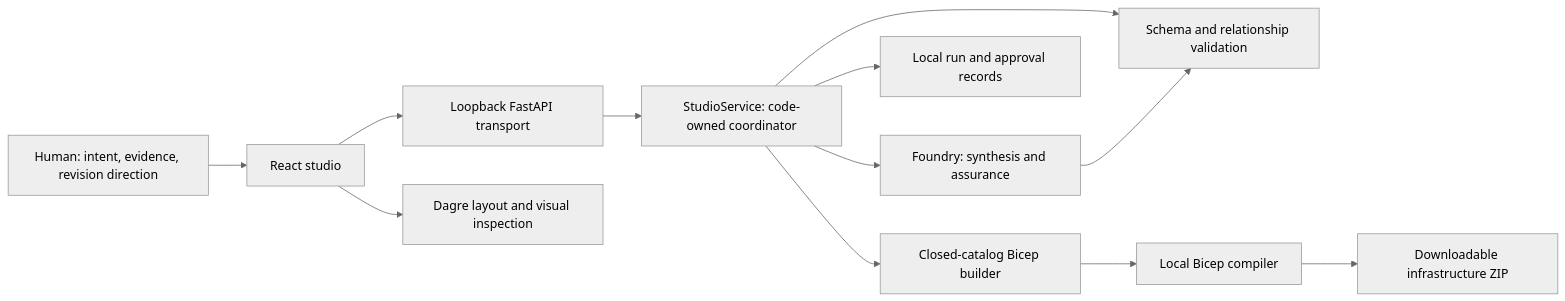
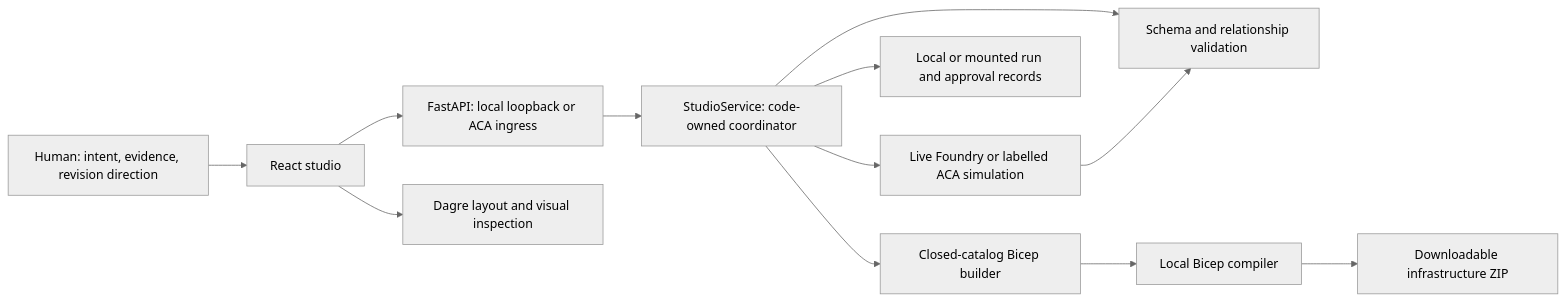
One commit to jvargh/hack26-IntentToImpact changed the first of 2 diagrams in docs/intent-to-impact-technical-deep-dive.md. Above: the diagram before and after it, drawn with Mermaid (neutral theme). The commit also changed other lines of this file and 2 other files, not shown here.

First line of the commit message:
Refresh architecture documentation

````diff
--- a/docs/intent-to-impact-technical-deep-dive.md
+++ b/docs/intent-to-impact-technical-deep-dive.md
@@ -161,26 +171,26 @@
 ```mermaid
 flowchart LR
     H["Human: intent, evidence, revision direction"]
     UI["React studio"]
-    API["Loopback FastAPI transport"]
+    API["FastAPI: local loopback or ACA ingress"]
     S["StudioService: code-owned coordinator"]
     V["Schema and relationship validation"]
-    M["Foundry: synthesis and assurance"]
-    D["Local run and approval records"]
+    M["Live Foundry or labelled ACA simulation"]
+    D["Local or mounted run and approval records"]
     B["Closed-catalog Bicep builder"]
     C["Local Bicep compiler"]
     Z["Downloadable infrastructure ZIP"]
     L["Dagre layout and visual inspection"]
 
     H --> UI
     UI --> API
     API --> S
     S --> V
     S --> M
     M --> V
     S --> D
     UI --> L
     S --> B
     B --> C
     C --> Z
 ```
````
